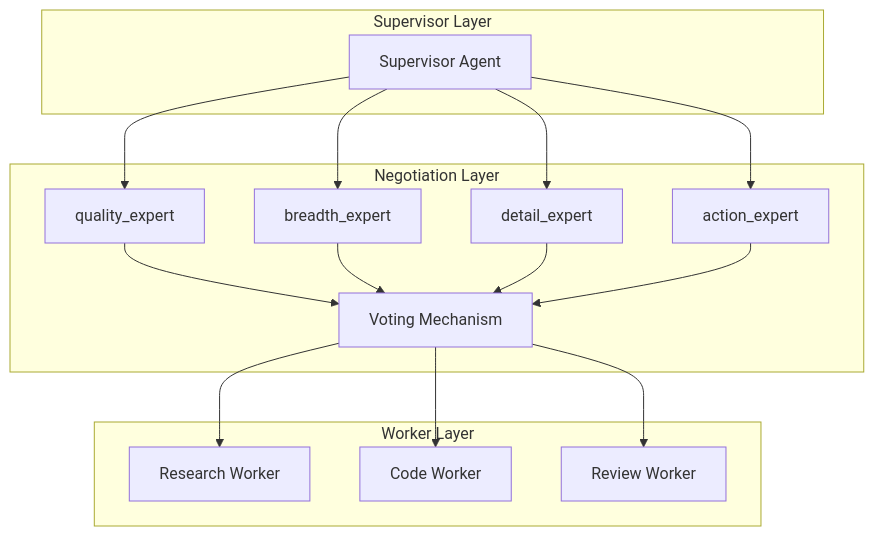
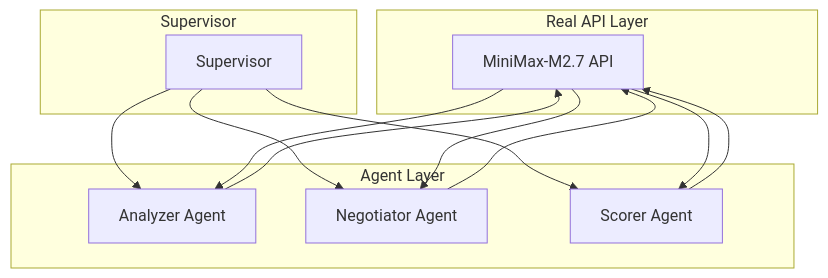
One commit to xiangbianpangde/mas-evolution-test changed the diagram in README.md. Above: the diagram before and after it, drawn with Mermaid. The commit also changed other lines of this file, not shown here.

Commit message:
[v4.0] Update README - Real API paradigm

````diff
--- a/README.md
+++ b/README.md
@@ -16,32 +21,26 @@
 ```mermaid
 graph TB
-    subgraph "Supervisor Layer"
-        S[Supervisor Agent]
+    subgraph "Real API Layer"
+        LLM[MiniMax-M2.7 API]
     end
     
-    subgraph "Negotiation Layer"
-        Q1[quality_expert]
-        Q2[breadth_expert]
-        Q3[detail_expert]
-        Q4[action_expert]
-        V[Voting Mechanism]
+    subgraph "Agent Layer"
+        A[Analyzer Agent]
+        N[Negotiator Agent]
+        S[Scorer Agent]
     end
     
-    subgraph "Worker Layer"
-        W1[Research Worker]
-        W2[Code Worker]
-        W3[Review Worker]
+    subgraph "Supervisor"
+        SUP[Supervisor]
     end
     
-    S --> Q1
-    S --> Q2
-    S --> Q3
-    S --> Q4
-    Q1 --> V
-    Q2 --> V
-    Q3 --> V
-    Q4 --> V
-    V --> W1
-    V --> W2
-    V --> W3
+    SUP --> A
+    A --> LLM
+    SUP --> N
+    N --> LLM
+    SUP --> S
+    S --> LLM
+    LLM --> A
+    LLM --> N
+    LLM --> S
 ```
````
